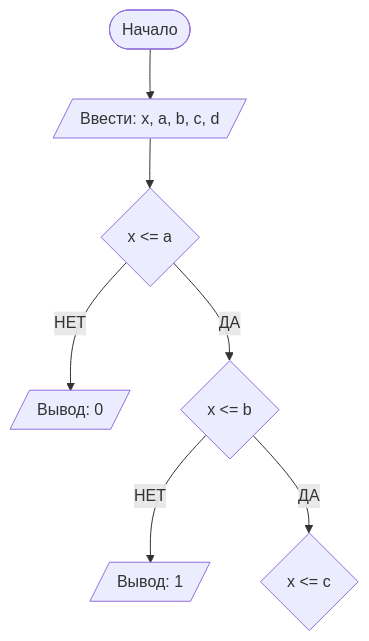
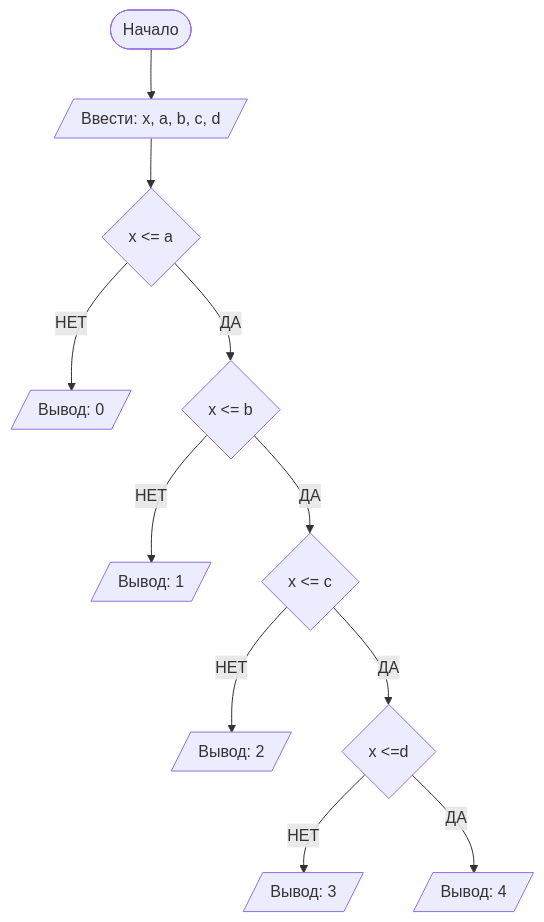
The diagram in README.md (abihuf/lab1), drawn with Mermaid before and after one commit.

````diff
--- a/README.md
+++ b/README.md
@@ -67,10 +67,14 @@
 ```mermaid
 graph TD
     A([Начало]) --> B[/Ввести: x, a, b, c, d/]
     B --> C{x <= a}
     C -- НЕТ --> D[/Вывод: 0/]
     C -- ДА --> E{x <= b}
     E -- НЕТ --> F[/Вывод: 1/]
     E -- ДА --> G{x <= c}
+    G -- НЕТ--> H[/Вывод: 2/]
+    G -- ДА --> I{x <=d}
+    I -- НЕТ --> J[/Вывод: 3/]
+    I -- ДА --> K[/Вывод: 4/]
 
 ```
````
